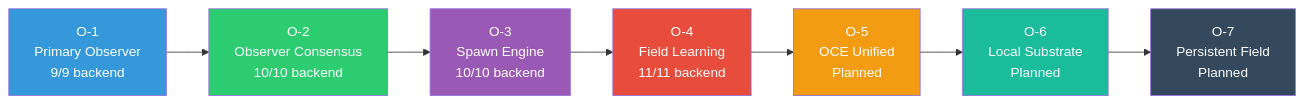
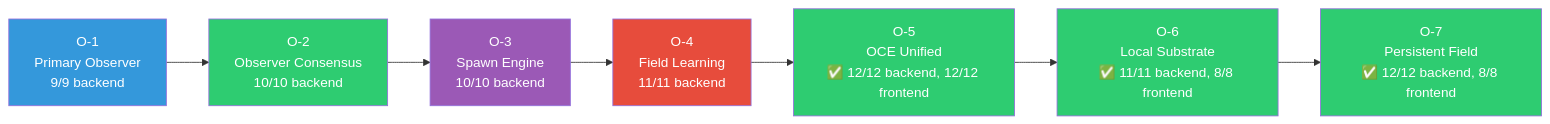
Before and after one commit to dabiggestpoppa/larger-lab: diagram 16 of 19 in CODEMAP.md, drawn with Mermaid. The commit also changed other lines of this file and 1 other file, not shown here.

Commit message:
docs: Update ARCHITECTURE.md and CODEMAP.md for O-7 completion

````diff
--- a/CODEMAP.md
+++ b/CODEMAP.md
@@ -819,20 +819,20 @@
 ```mermaid
 graph LR
     O1[O-1<br/>Primary Observer<br/>9/9 backend]
     O2[O-2<br/>Observer Consensus<br/>10/10 backend]
     O3[O-3<br/>Spawn Engine<br/>10/10 backend]
     O4[O-4<br/>Field Learning<br/>11/11 backend]
-    O5[O-5<br/>OCE Unified<br/>Planned]
-    O6[O-6<br/>Local Substrate<br/>Planned]
-    O7[O-7<br/>Persistent Field<br/>Planned]
+    O5[O-5<br/>OCE Unified<br/>✅ 12/12 backend, 12/12 frontend]
+    O6[O-6<br/>Local Substrate<br/>✅ 11/11 backend, 8/8 frontend]
+    O7[O-7<br/>Persistent Field<br/>✅ 12/12 backend, 8/8 frontend]
 
     O1 --> O2 --> O3 --> O4 --> O5 --> O6 --> O7
 
     style O1 fill:#3498db,color:#fff
     style O2 fill:#2ecc71,color:#fff
     style O3 fill:#9b59b6,color:#fff
     style O4 fill:#e74c3c,color:#fff
-    style O5 fill:#f39c12,color:#fff
-    style O6 fill:#1abc9c,color:#fff
-    style O7 fill:#34495e,color:#fff
+    style O5 fill:#2ecc71,color:#fff
+    style O6 fill:#2ecc71,color:#fff
+    style O7 fill:#2ecc71,color:#fff
 ```
````
